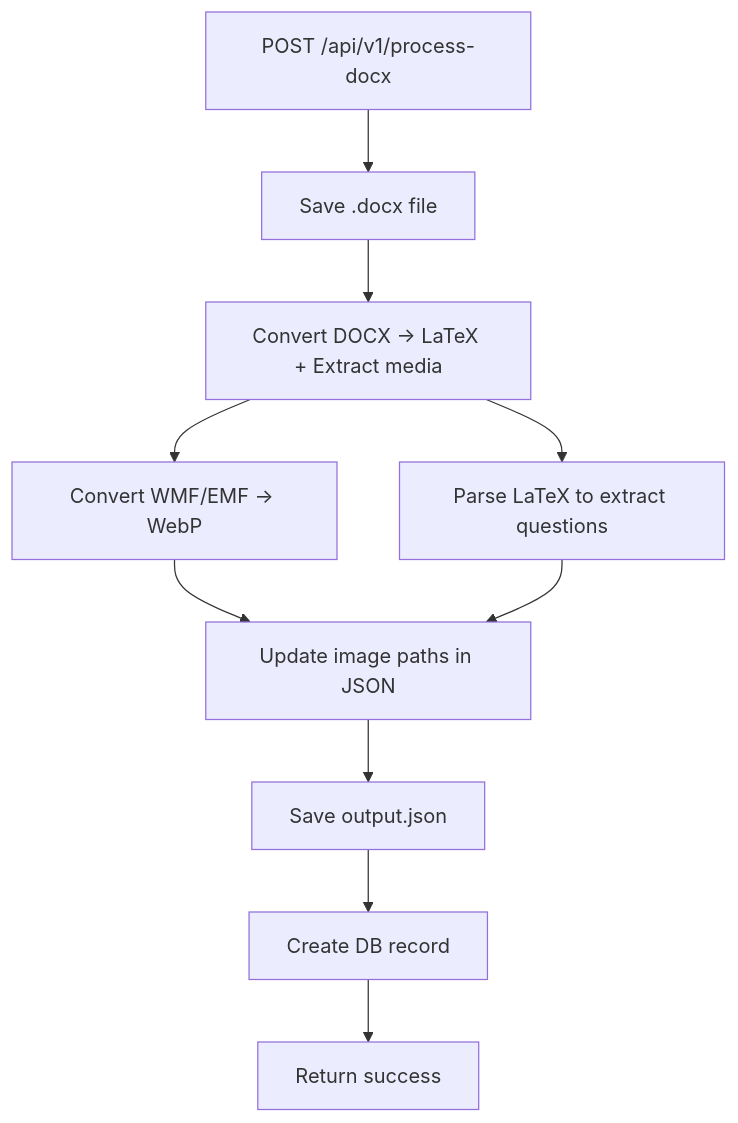
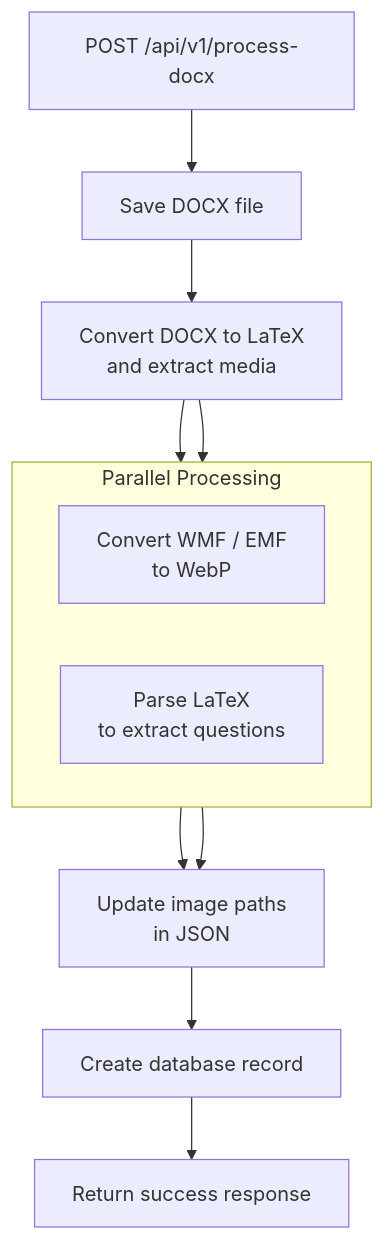
The first of 7 diagrams in mermaid.md (thenamvn/thesis-report), drawn with Mermaid before and after one commit. The commit also changed 4 other files, not shown here.

````diff
--- a/mermaid.md
+++ b/mermaid.md
@@ -2,16 +2,25 @@
 ```mermaid
-graph TD
-    A["POST /api/v1/process-docx"]
-    A --> B["Save .docx file"]
-    B --> C["Convert DOCX → LaTeX + Extract media"]
+flowchart TB
+    A[POST /api/v1/process-docx]
+    B[Save DOCX file]
+    C[Convert DOCX to LaTeX<br/>and extract media]
 
-    %% nhánh song song ngang
-    C --> D1["Convert WMF/EMF → WebP"]
-    C --> D2["Parse LaTeX to extract questions"]
+    A --> B --> C
 
-    D1 --> E["Update image paths in JSON"]
+    subgraph P[Parallel Processing]
+        direction LR
+        D1[Convert WMF / EMF<br/>to WebP]
+        D2[Parse LaTeX<br/>to extract questions]
+    end
+
+    C --> D1
+    C --> D2
+
+    E[Update image paths<br/>in JSON]
+    G[Create database record]
+    H[Return success response]
+
+    D1 --> E
     D2 --> E
-    E --> F["Save output.json"]
-    F --> G["Create DB record"]
-    G --> H["Return success"]
+    E --> G --> H
 ```
````
